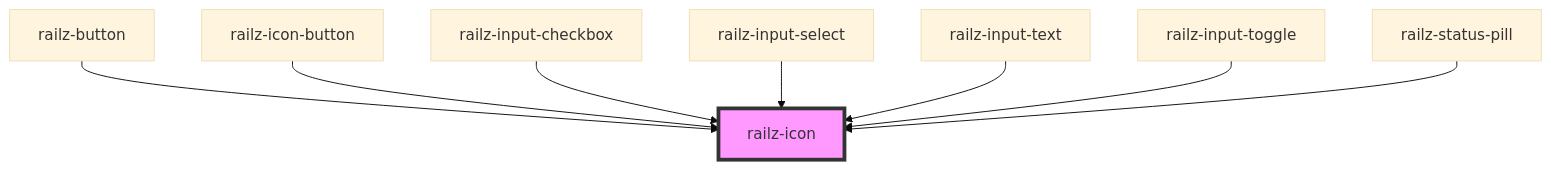
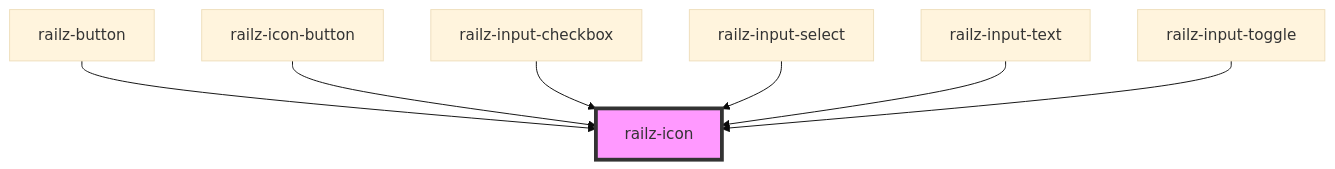
Before and after one commit to railz-ai/railz-uikit: the diagram in design-components/packages/railz-components/src/components/railz-icon/readme.md, drawn with Mermaid (base theme). The commit also changed other lines of this file and 4 other files, not shown here.

Commit message:
- fixed centering on icon in status-pill - added missing font declaration

````diff
--- a/design-components/packages/railz-components/src/components/railz-icon/readme.md
+++ b/design-components/packages/railz-components/src/components/railz-icon/readme.md
@@ -27,11 +26,10 @@
 ```mermaid
 graph TD;
   railz-button --> railz-icon
   railz-icon-button --> railz-icon
   railz-input-checkbox --> railz-icon
   railz-input-select --> railz-icon
   railz-input-text --> railz-icon
   railz-input-toggle --> railz-icon
-  railz-status-pill --> railz-icon
   style railz-icon fill:#f9f,stroke:#333,stroke-width:4px
 ```
````
